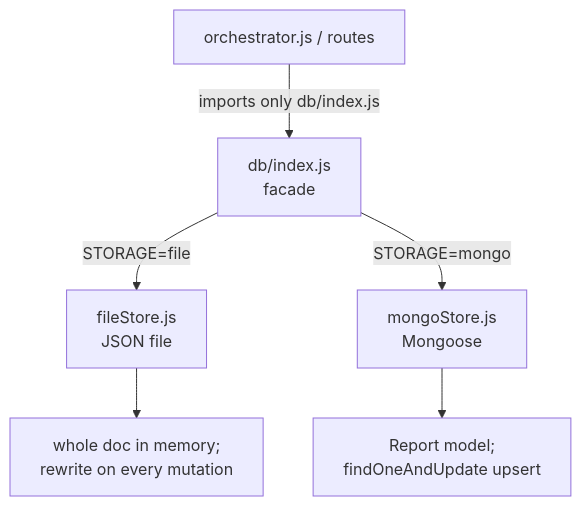
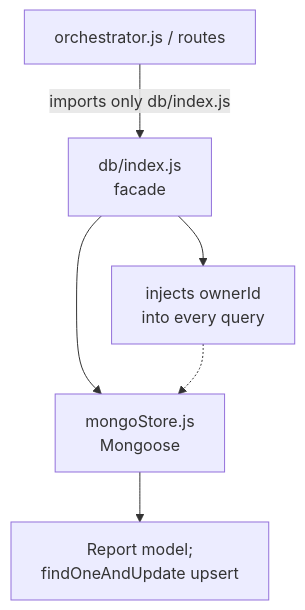
One commit to AlphaBeast97/deep-research-ai-platform changed the eighth of 16 diagrams in docs/ARCHITECTURE.md. Above: the diagram before and after it, drawn with Mermaid. The commit also changed other lines of this file and 23 other files, not shown here.

First line of the commit message:
feat: add Clerk auth, make MongoDB the only store, delete mock mode

````diff
--- a/docs/ARCHITECTURE.md
+++ b/docs/ARCHITECTURE.md
@@ -1072,8 +1066,8 @@
 ```mermaid
 flowchart TD
     APP["orchestrator.js / routes"] -->|"imports only db/index.js"| F["db/index.js<br/>facade"]
-    F -->|"STORAGE=file"| FS["fileStore.js<br/>JSON file"]
-    F -->|"STORAGE=mongo"| MG["mongoStore.js<br/>Mongoose"]
-    FS --> FS1["whole doc in memory;<br/>rewrite on every mutation"]
+    F --> MG["mongoStore.js<br/>Mongoose"]
     MG --> MG1["Report model;<br/>findOneAndUpdate upsert"]
+    F --> F2["injects ownerId<br/>into every query"]
+    F2 -.-> MG
 ```
````
